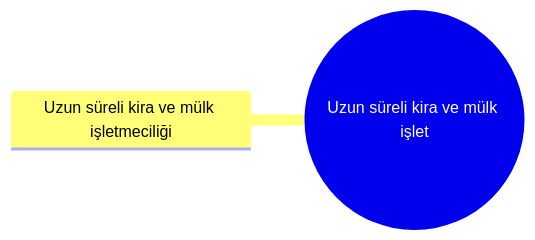
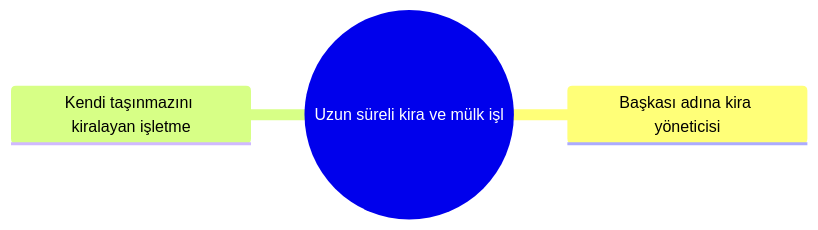
One commit to sametkarabulut-dev/xfuturepos-v2 changed the diagram in 02 İşletmeler/09 Emlak & Gayrimenkul/Uzun süreli kira ve mülk işletmeciliği/Dal – Uzun süreli kira ve mülk işletmeciliği.md. Above: the diagram before and after it, drawn with Mermaid. The commit also changed other lines of this file and 241 other files, not shown here.

````diff
--- a/02 İşletmeler/09 Emlak & Gayrimenkul/Uzun süreli kira ve mülk işletmeciliği/Dal – Uzun süreli kira ve mülk işletmeciliği.md
+++ b/02 İşletmeler/09 Emlak & Gayrimenkul/Uzun süreli kira ve mülk işletmeciliği/Dal – Uzun süreli kira ve mülk işletmeciliği.md
@@ -22,5 +23,6 @@
 ```mermaid
 mindmap
-  root((Uzun süreli kira ve mülk işlet))
-    Uzun süreli kira ve mülk işletmeciliği
+  root((Uzun süreli kira ve mülk işl))
+    Başkası adına kira yöneticisi
+    Kendi taşınmazını kiralayan işletme
 ```
````
